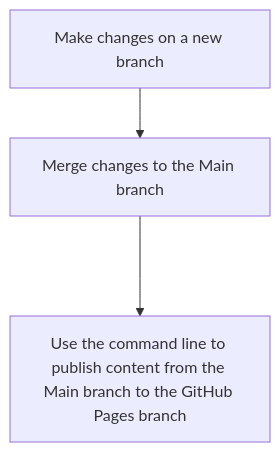
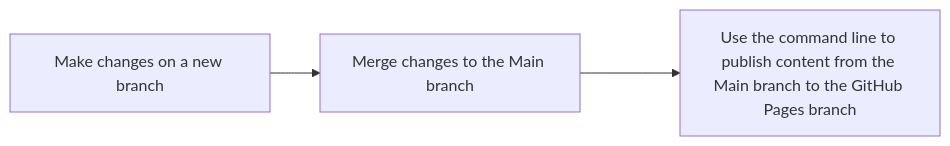
The diagram in README.md (OpenGeoMetadata/opengeometadata.github.io), drawn with Mermaid before and after one commit. The commit also changed other lines of this file, not shown here.

````diff
--- a/README.md
+++ b/README.md
@@ -59,5 +60,5 @@
 ```mermaid
-graph TD;
+graph LR;
     A[Make changes on a new branch]-->B[Merge changes to the Main branch];
     B[Merge changes to the Main branch]--->C[Use the command line to publish content from the Main branch to the GitHub Pages branch]
 ```
````
